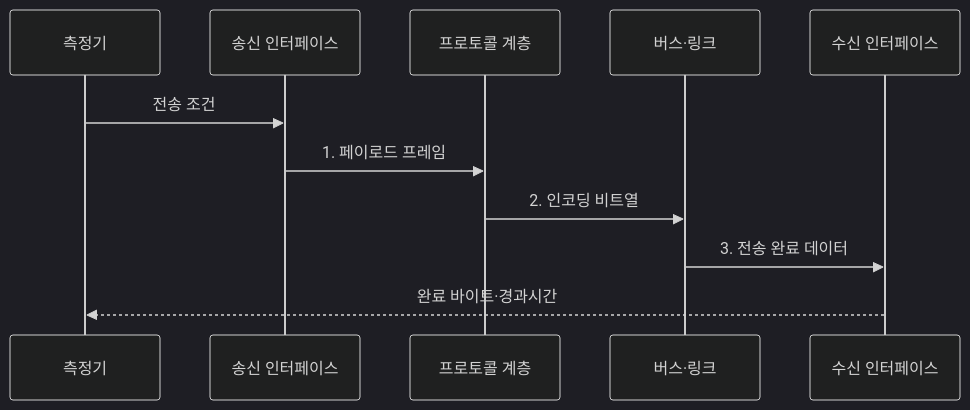
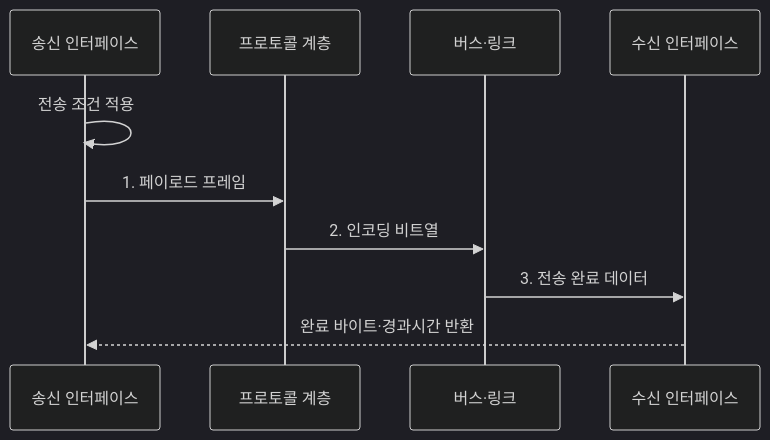
One commit to agnusdei1207/knowledge-base changed the second of 2 diagrams in src/content/docs/notes/02-hardware/076_bus_bandwidth.md. Above: the diagram before and after it, drawn with Mermaid (dark theme). The commit also changed 9 other files, not shown here.

Commit message:
Reduce redundant hardware flow roles

````diff
--- a/src/content/docs/notes/02-hardware/076_bus_bandwidth.md
+++ b/src/content/docs/notes/02-hardware/076_bus_bandwidth.md
@@ -107,14 +107,13 @@
 ```mermaid
 sequenceDiagram
-    participant M as 측정기
     participant S as 송신 인터페이스
     participant P as 프로토콜 계층
     participant L as 버스·링크
     participant R as 수신 인터페이스
 
-    M->>S: 전송 조건
+    S->>S: 전송 조건 적용
     S->>P: 1. 페이로드 프레임
     P->>L: 2. 인코딩 비트열
     L->>R: 3. 전송 완료 데이터
-    R-->>M: 완료 바이트·경과시간
+    R-->>S: 완료 바이트·경과시간 반환
 ```
````
